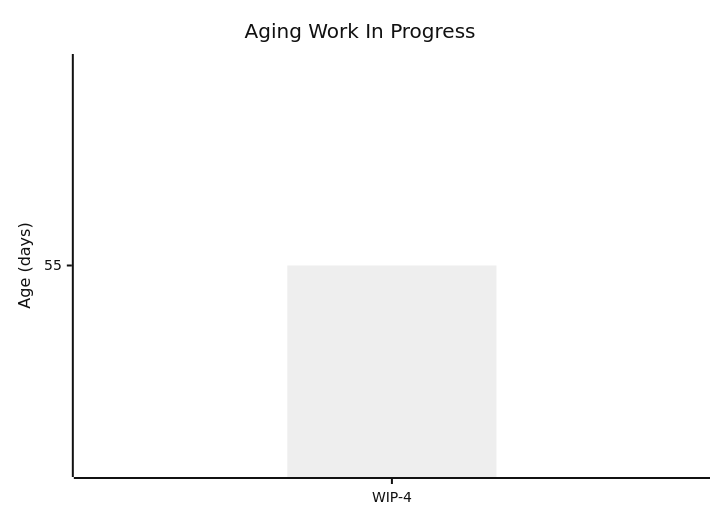
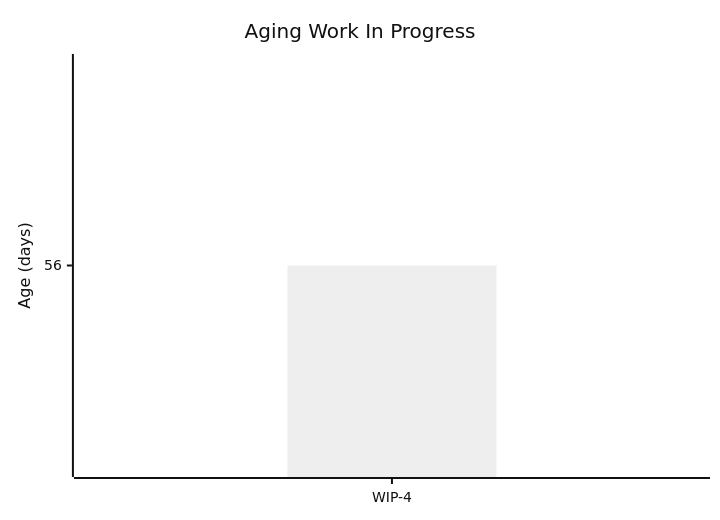
Before and after one commit to cbroult/predictability-engine: the first of 5 diagrams in data/samples/reports/sample_data_large/priorities/Highest.md, drawn with Mermaid (neutral theme). The commit also changed other lines of this file and 72 other files, not shown here.

````diff
--- a/data/samples/reports/sample_data_large/priorities/Highest.md
+++ b/data/samples/reports/sample_data_large/priorities/Highest.md
@@ -29,7 +29,7 @@
 ```mermaid
 xychart-beta
     title "Aging Work In Progress"
     x-axis ["WIP-4"]
     y-axis "Age (days)"
-    bar "Age" [55]
+    bar "Age" [56]
 ```
````
